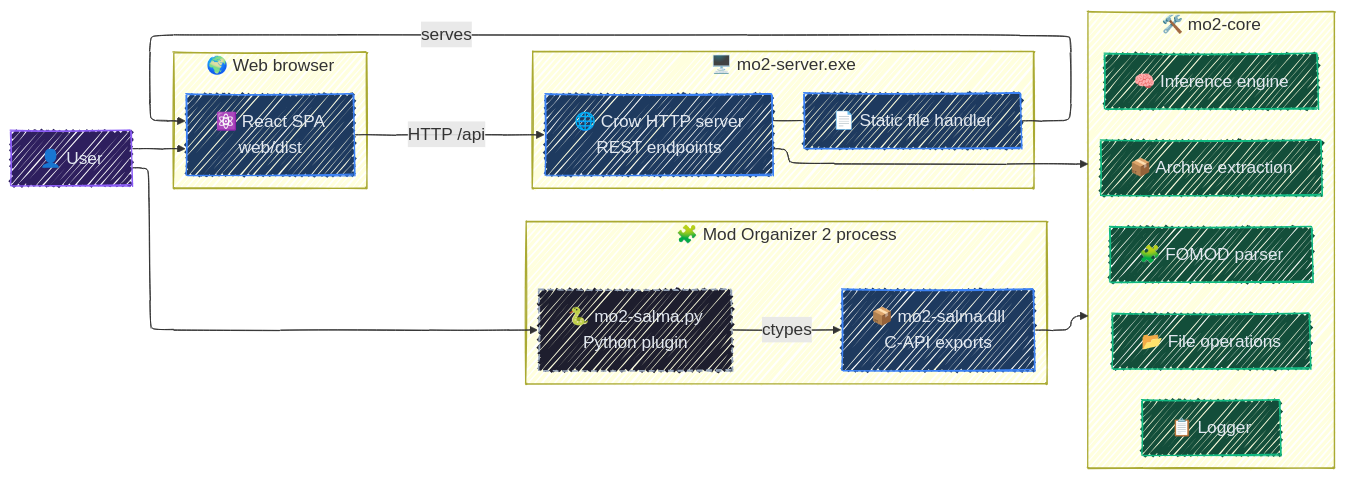
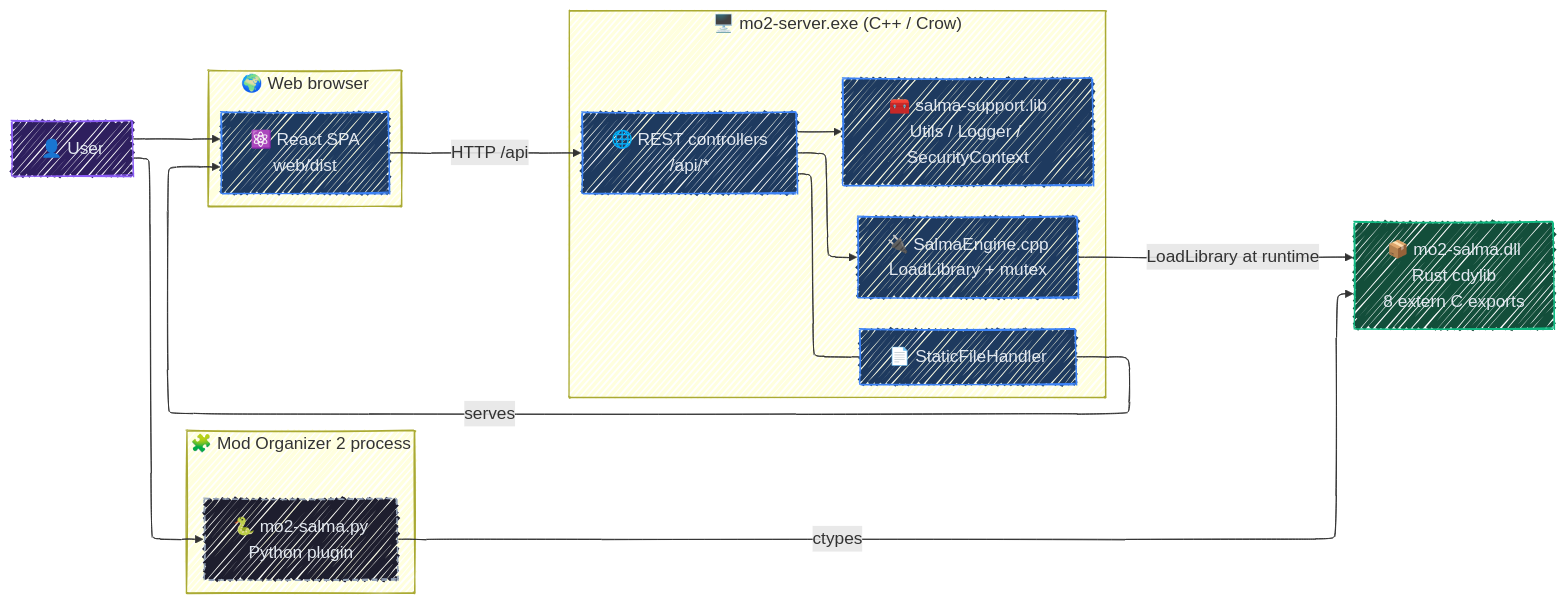
The fourth of 5 diagrams in README.md (lextpf/salma), drawn with Mermaid before and after one commit. The commit also changed other lines of this file, not shown here.

Commit message:
📝 Rewrite the README around the Rust engine

````diff
--- a/README.md
+++ b/README.md
@@ -393,49 +527,44 @@
 ```mermaid
 ---
 config:
   look: handDrawn
   theme: mc
   themeVariables:
     fontSize: 18px
   layout: elk
 ---
 graph LR
     classDef host fill:#1e1e2e,stroke:#94a3b8,color:#e2e8f0,stroke-dasharray:6 4
     classDef artifact fill:#1e3a5f,stroke:#3b82f6,color:#e2e8f0
     classDef core fill:#134e3a,stroke:#10b981,color:#e2e8f0
     classDef user fill:#2e1f5e,stroke:#8b5cf6,color:#e2e8f0
 
     User["👤 User"]:::user
 
     subgraph MO2["🧩 Mod Organizer 2 process"]
         Plugin["🐍 mo2-salma.py<br/>Python plugin"]:::host
-        DLL["📦 mo2-salma.dll<br/>C-API exports"]:::artifact
     end
 
     subgraph Browser["🌍 Web browser"]
         SPA["⚛️ React SPA<br/>web/dist"]:::artifact
     end
 
-    subgraph SrvHost["🖥️ mo2-server.exe"]
-        Server["🌐 Crow HTTP server<br/>REST endpoints"]:::artifact
-        Static["📄 Static file handler"]:::artifact
+    subgraph SrvHost["🖥️ mo2-server.exe (C++ / Crow)"]
+        Server["🌐 REST controllers<br/>/api/*"]:::artifact
+        Static["📄 StaticFileHandler"]:::artifact
+        Bridge["🔌 SalmaEngine.cpp<br/>LoadLibrary + mutex"]:::artifact
+        Support["🧰 salma-support.lib<br/>Utils / Logger / SecurityContext"]:::artifact
     end
 
-    subgraph Core["🛠️ mo2-core"]
-        Archive["📦 Archive extraction"]:::core
-        Parser["🧩 FOMOD parser"]:::core
-        Infer["🧠 Inference engine"]:::core
-        FileOps["📂 File operations"]:::core
-        Log["📋 Logger"]:::core
-    end
+    Engine["📦 mo2-salma.dll<br/>Rust cdylib<br/>8 extern C exports"]:::core
 
     User --> Plugin
     User --> SPA
-    Plugin -- ctypes --> DLL
+    Plugin -- "ctypes" --> Engine
     SPA -- "HTTP /api" --> Server
     Static -- "serves" --> SPA
     Server --- Static
-
-    DLL --> Core
-    Server --> Core
+    Server --> Bridge
+    Server --> Support
+    Bridge -- "LoadLibrary at runtime" --> Engine
 ```
````
